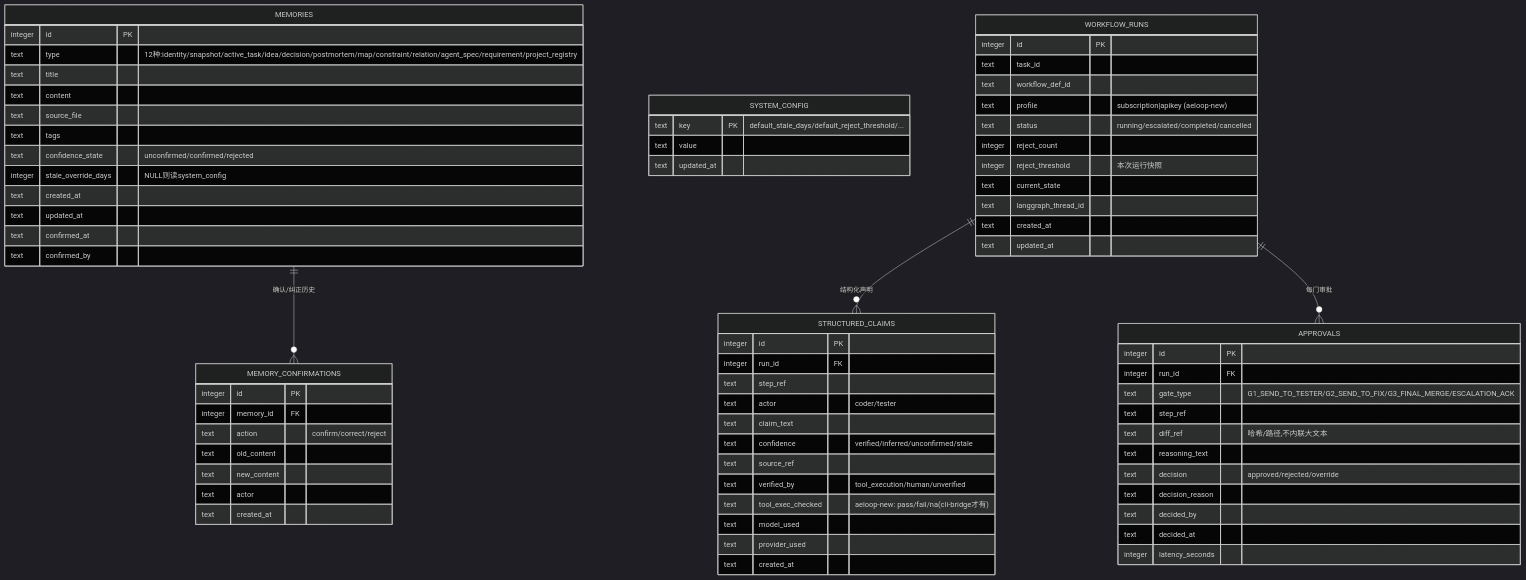
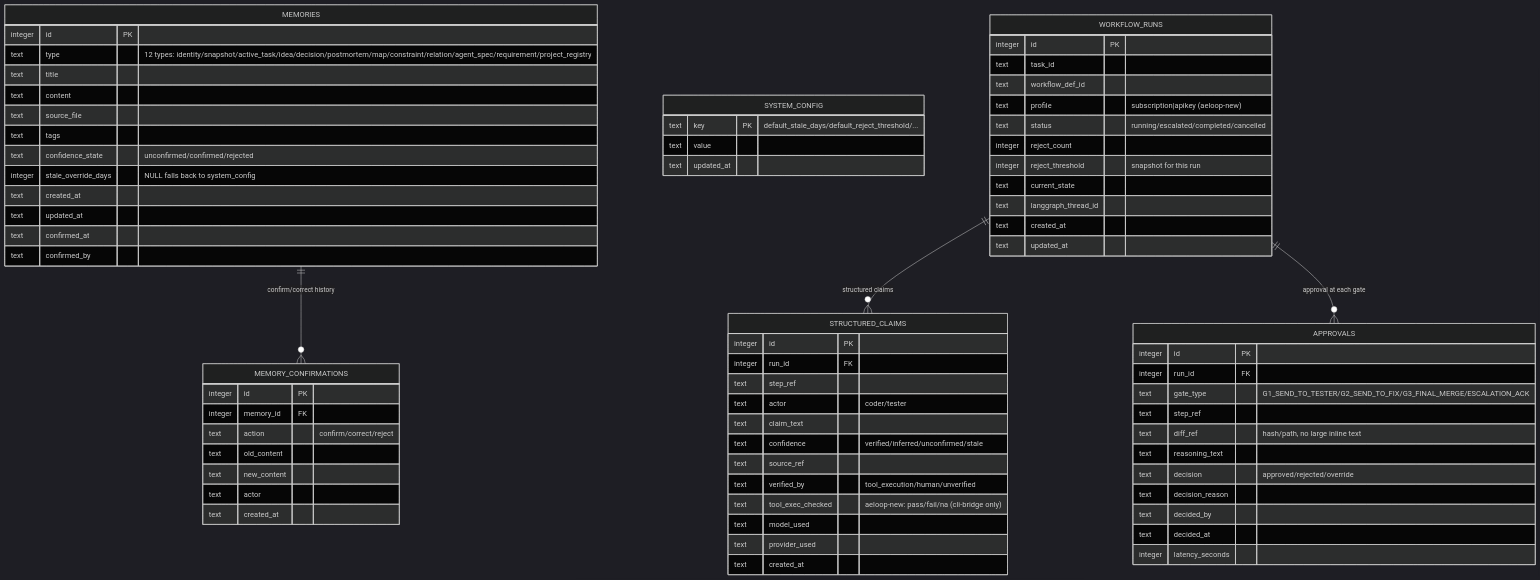
Before and after one commit to elishawong/aeloop: the sixth of 6 diagrams in docs/DESIGN.md, drawn with Mermaid (dark theme). The commit also changed other lines of this file and 84 other files, not shown here.

````diff
--- a/docs/DESIGN.md
+++ b/docs/DESIGN.md
@@ -252,74 +252,74 @@
 ```mermaid
 erDiagram
     MEMORIES {
         integer id PK
-        text type "12种:identity/snapshot/active_task/idea/decision/postmortem/map/constraint/relation/agent_spec/requirement/project_registry"
+        text type "12 types: identity/snapshot/active_task/idea/decision/postmortem/map/constraint/relation/agent_spec/requirement/project_registry"
         text title
         text content
         text source_file
         text tags
         text confidence_state "unconfirmed/confirmed/rejected"
-        integer stale_override_days "NULL则读system_config"
+        integer stale_override_days "NULL falls back to system_config"
         text created_at
         text updated_at
         text confirmed_at
         text confirmed_by
     }
     MEMORY_CONFIRMATIONS {
         integer id PK
         integer memory_id FK
         text action "confirm/correct/reject"
         text old_content
         text new_content
         text actor
         text created_at
     }
     SYSTEM_CONFIG {
         text key PK "default_stale_days/default_reject_threshold/..."
         text value
         text updated_at
     }
     WORKFLOW_RUNS {
         integer id PK
         text task_id
         text workflow_def_id
         text profile "subscription|apikey (aeloop-new)"
         text status "running/escalated/completed/cancelled"
         integer reject_count
-        integer reject_threshold "本次运行快照"
+        integer reject_threshold "snapshot for this run"
         text current_state
         text langgraph_thread_id
         text created_at
         text updated_at
     }
     STRUCTURED_CLAIMS {
         integer id PK
         integer run_id FK
         text step_ref
         text actor "coder/tester"
         text claim_text
         text confidence "verified/inferred/unconfirmed/stale"
         text source_ref
         text verified_by "tool_execution/human/unverified"
-        text tool_exec_checked "aeloop-new: pass/fail/na(cli-bridge才有)"
+        text tool_exec_checked "aeloop-new: pass/fail/na (cli-bridge only)"
         text model_used
         text provider_used
         text created_at
     }
     APPROVALS {
         integer id PK
         integer run_id FK
         text gate_type "G1_SEND_TO_TESTER/G2_SEND_TO_FIX/G3_FINAL_MERGE/ESCALATION_ACK"
         text step_ref
-        text diff_ref "哈希/路径,不内联大文本"
+        text diff_ref "hash/path, no large inline text"
         text reasoning_text
         text decision "approved/rejected/override"
         text decision_reason
         text decided_by
         text decided_at
         integer latency_seconds
     }
-    MEMORIES ||--o{ MEMORY_CONFIRMATIONS : "确认/纠正历史"
-    WORKFLOW_RUNS ||--o{ STRUCTURED_CLAIMS : "结构化声明"
-    WORKFLOW_RUNS ||--o{ APPROVALS : "每门审批"
+    MEMORIES ||--o{ MEMORY_CONFIRMATIONS : "confirm/correct history"
+    WORKFLOW_RUNS ||--o{ STRUCTURED_CLAIMS : "structured claims"
+    WORKFLOW_RUNS ||--o{ APPROVALS : "approval at each gate"
 ```
````
